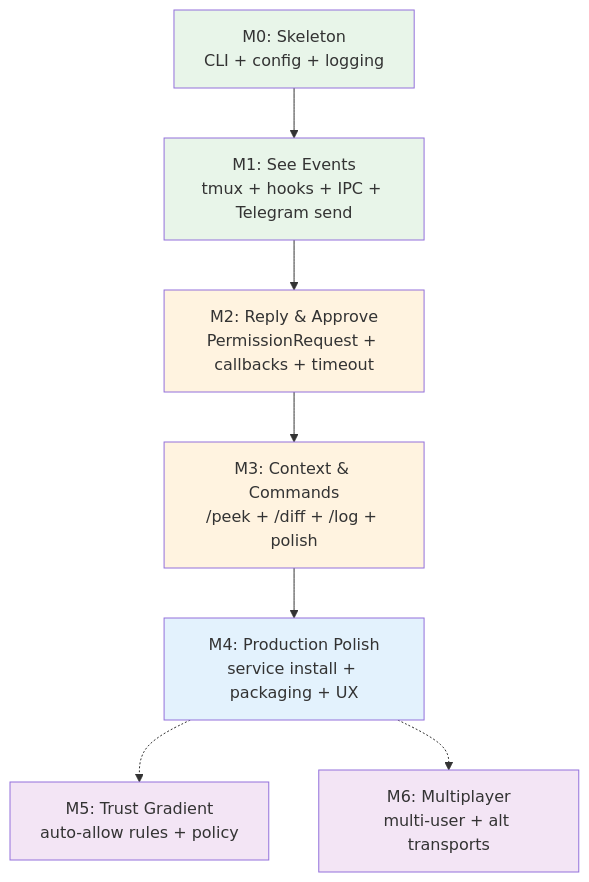
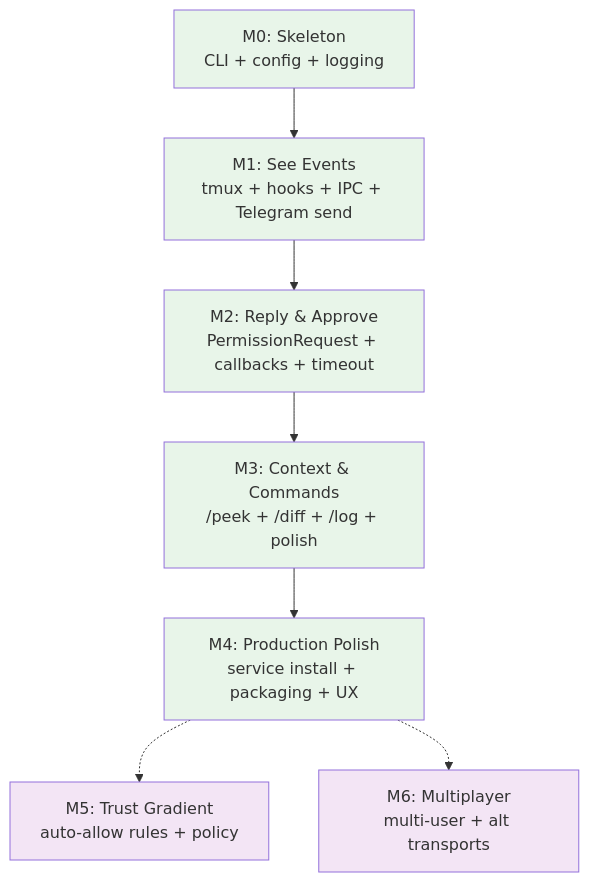
One commit to cmakafui/codelatch changed the diagram in docs/PLAN.md. Above: the diagram before and after it, drawn with Mermaid. The commit also changed other lines of this file and 19 other files, not shown here.

````diff
--- a/docs/PLAN.md
+++ b/docs/PLAN.md
@@ -281,25 +256,25 @@
 ```mermaid
 graph TB
     M0["M0: Skeleton<br/>CLI + config + logging"]
     M1["M1: See Events<br/>tmux + hooks + IPC + Telegram send"]
     M2["M2: Reply & Approve<br/>PermissionRequest + callbacks + timeout"]
     M3["M3: Context & Commands<br/>/peek + /diff + /log + polish"]
     M4["M4: Production Polish<br/>service install + packaging + UX"]
     M5["M5: Trust Gradient<br/>auto-allow rules + policy"]
     M6["M6: Multiplayer<br/>multi-user + alt transports"]
 
     M0 --> M1
     M1 --> M2
     M2 --> M3
     M3 --> M4
     M4 -.-> M5
     M4 -.-> M6
 
     style M0 fill:#e8f5e9
     style M1 fill:#e8f5e9
-    style M2 fill:#fff3e0
-    style M3 fill:#fff3e0
-    style M4 fill:#e3f2fd
+    style M2 fill:#e8f5e9
+    style M3 fill:#e8f5e9
+    style M4 fill:#e8f5e9
     style M5 fill:#f3e5f5
     style M6 fill:#f3e5f5
 ```
````
